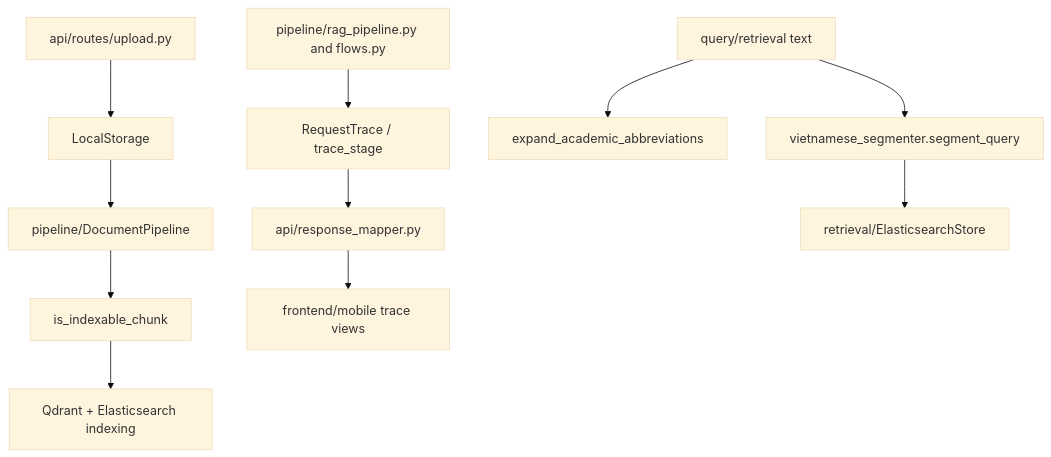
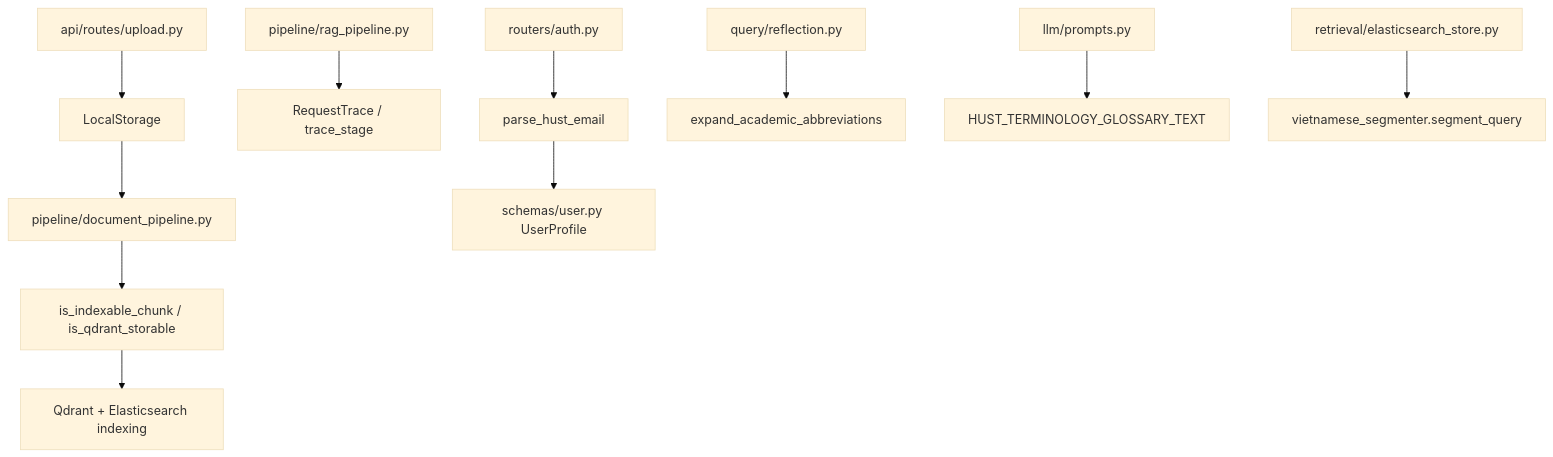
One commit to hoainam183/GR changed the diagram in src/RAG_v2/utils/MODULE.md. Above: the diagram before and after it, drawn with Mermaid (base theme). The commit also changed other lines of this file and 50 other files, not shown here.

````diff
--- a/src/RAG_v2/utils/MODULE.md
+++ b/src/RAG_v2/utils/MODULE.md
@@ -25,13 +26,13 @@
 ```mermaid
 flowchart TD
   UploadAPI["api/routes/upload.py"] --> Storage["LocalStorage"]
-  Storage --> DocPipeline["pipeline/DocumentPipeline"]
-  DocPipeline --> ChunkPolicy["is_indexable_chunk"]
+  Storage --> DocPipeline["pipeline/document_pipeline.py"]
+  DocPipeline --> ChunkPolicy["is_indexable_chunk / is_qdrant_storable"]
   ChunkPolicy --> Indexing["Qdrant + Elasticsearch indexing"]
-  ChatFlow["pipeline/rag_pipeline.py and flows.py"] --> Trace["RequestTrace / trace_stage"]
-  Trace --> Mapper["api/response_mapper.py"]
-  Mapper --> UI["frontend/mobile trace views"]
-  QueryText["query/retrieval text"] --> Terms["expand_academic_abbreviations"]
-  QueryText --> Segment["vietnamese_segmenter.segment_query"]
-  Segment --> ES["retrieval/ElasticsearchStore"]
+  ChatFlow["pipeline/rag_pipeline.py"] --> Trace["RequestTrace / trace_stage"]
+  AuthAPI["routers/auth.py"] --> HustEmail["parse_hust_email"]
+  HustEmail --> UserSchema["schemas/user.py UserProfile"]
+  Reflection["query/reflection.py"] --> Terms["expand_academic_abbreviations"]
+  Prompts["llm/prompts.py"] --> Glossary["HUST_TERMINOLOGY_GLOSSARY_TEXT"]
+  ESStore["retrieval/elasticsearch_store.py"] --> Segment["vietnamese_segmenter.segment_query"]
 ```
````
